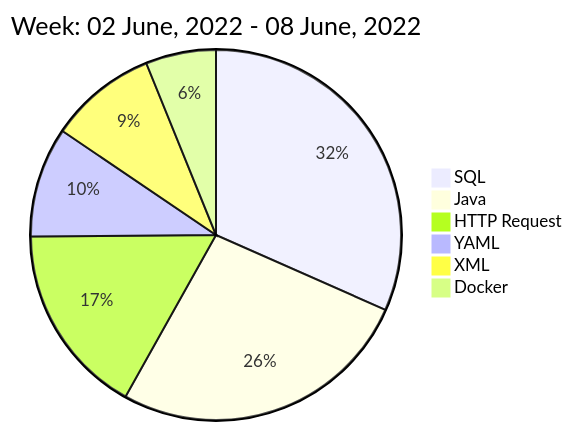
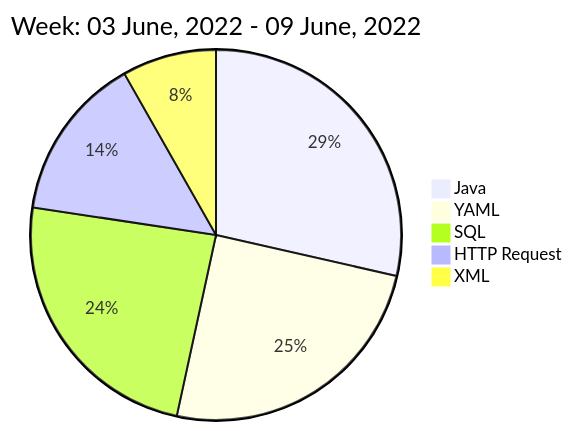
One commit to liubin95/liubin95 changed the diagram in README.md. Above: the diagram before and after it, drawn with Mermaid.

Commit message:
Updated the Graph with new Metrics

````diff
--- a/README.md
+++ b/README.md
@@ -40,10 +40,9 @@
 ```mermaid
  pie
-title Week: 02 June, 2022 - 08 June, 2022
- "SQL" : 4.38
- "Java" : 3.67
- "HTTP Request" : 2.32
- "YAML" : 1.33
- "XML" : 1.3
- "Docker" : 0.85
+title Week: 03 June, 2022 - 09 June, 2022
+ "Java" : 4.62
+ "YAML" : 4.02
+ "SQL" : 3.88
+ "HTTP Request" : 2.33
+ "XML" : 1.33
 ```
````
